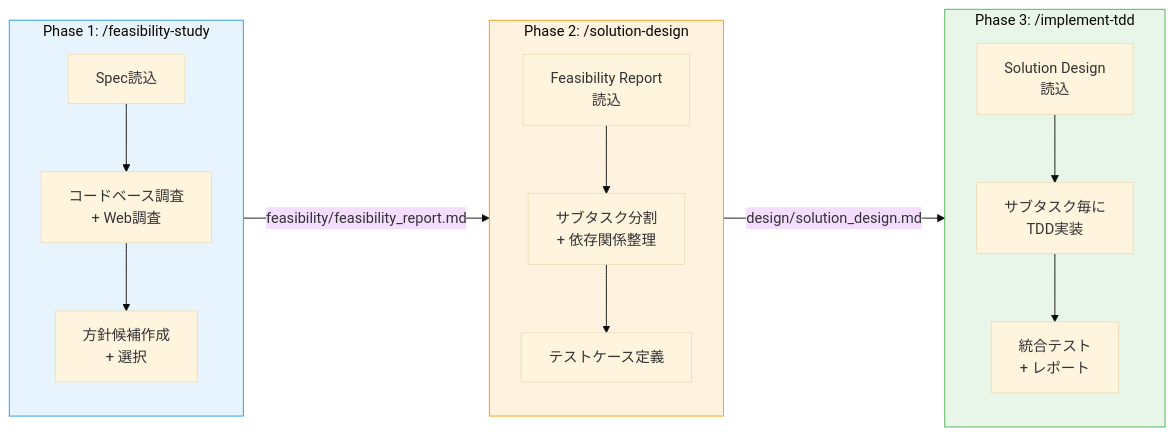
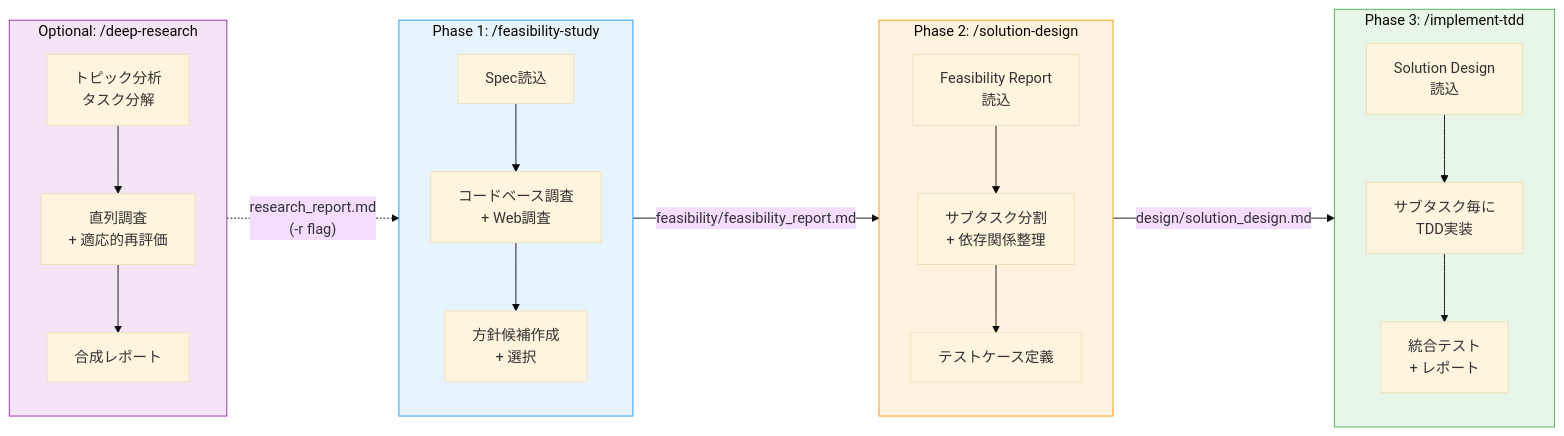
One commit to arudita-zzz/app-dev-prompt-suite changed the first of 6 diagrams in plugins/app-dev-suite/doc/workflow-diagrams.md. Above: the diagram before and after it, drawn with Mermaid (base theme). The commit also changed other lines of this file and 12 other files, not shown here.

First line of the commit message:
Add deep-research skill with adaptive serial investigation

````diff
--- a/plugins/app-dev-suite/doc/workflow-diagrams.md
+++ b/plugins/app-dev-suite/doc/workflow-diagrams.md
@@ -5,30 +5,39 @@
 ```mermaid
 flowchart LR
+    subgraph Phase0["Optional: /deep-research"]
+        R1[トピック分析\nタスク分解]
+        R2[直列調査\n+ 適応的再評価]
+        R3[合成レポート]
+        R1 --> R2 --> R3
+    end
+
     subgraph Phase1["Phase 1: /feasibility-study"]
         F1[Spec読込]
         F2[コードベース調査\n+ Web調査]
         F3[方針候補作成\n+ 選択]
         F1 --> F2 --> F3
     end
 
     subgraph Phase2["Phase 2: /solution-design"]
         S1[Feasibility Report\n読込]
         S2[サブタスク分割\n+ 依存関係整理]
         S3[テストケース定義]
         S1 --> S2 --> S3
     end
 
     subgraph Phase3["Phase 3: /implement-tdd"]
         I1[Solution Design\n読込]
         I2[サブタスク毎に\nTDD実装]
         I3[統合テスト\n+ レポート]
         I1 --> I2 --> I3
     end
 
+    Phase0 -. "research_report.md\n(-r flag)" .-> Phase1
     Phase1 -- "feasibility/feasibility_report.md" --> Phase2
     Phase2 -- "design/solution_design.md" --> Phase3
 
+    style Phase0 fill:#f3e5f5,stroke:#9C27B0
     style Phase1 fill:#e8f4fd,stroke:#2196F3
     style Phase2 fill:#fff3e0,stroke:#FF9800
     style Phase3 fill:#e8f5e9,stroke:#4CAF50
 ```
````
